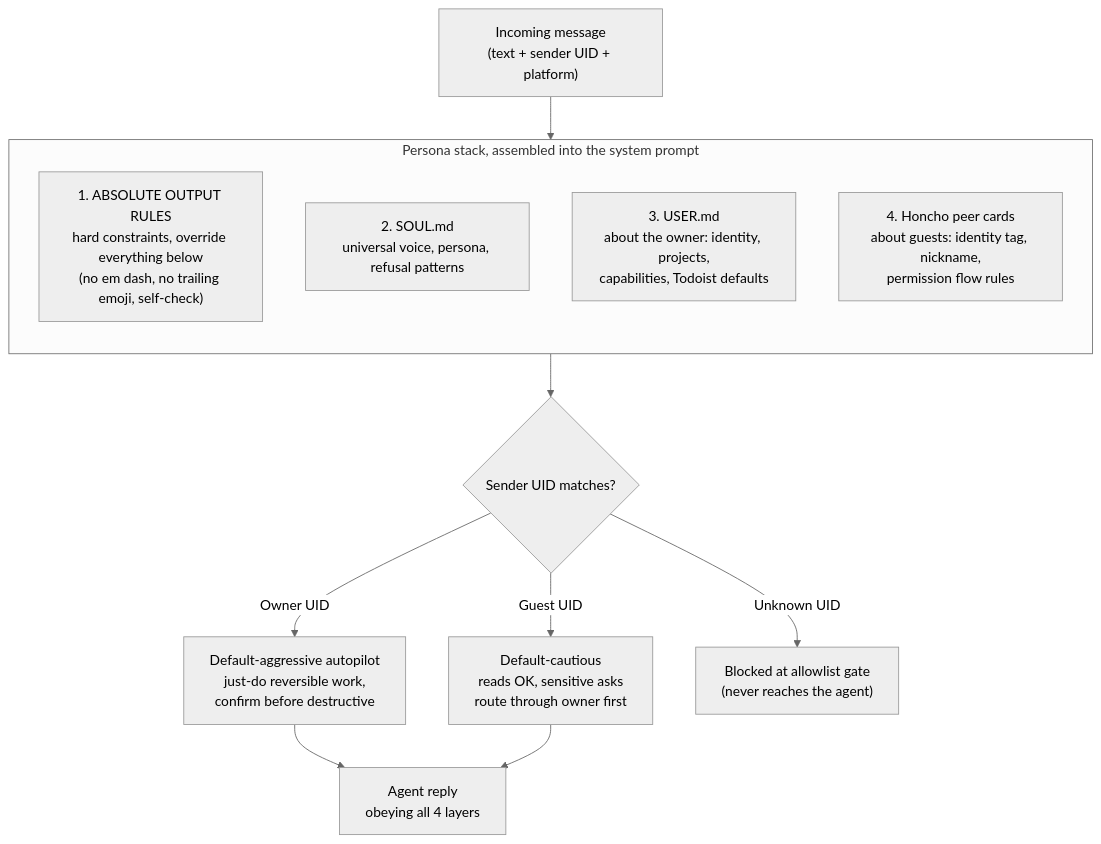
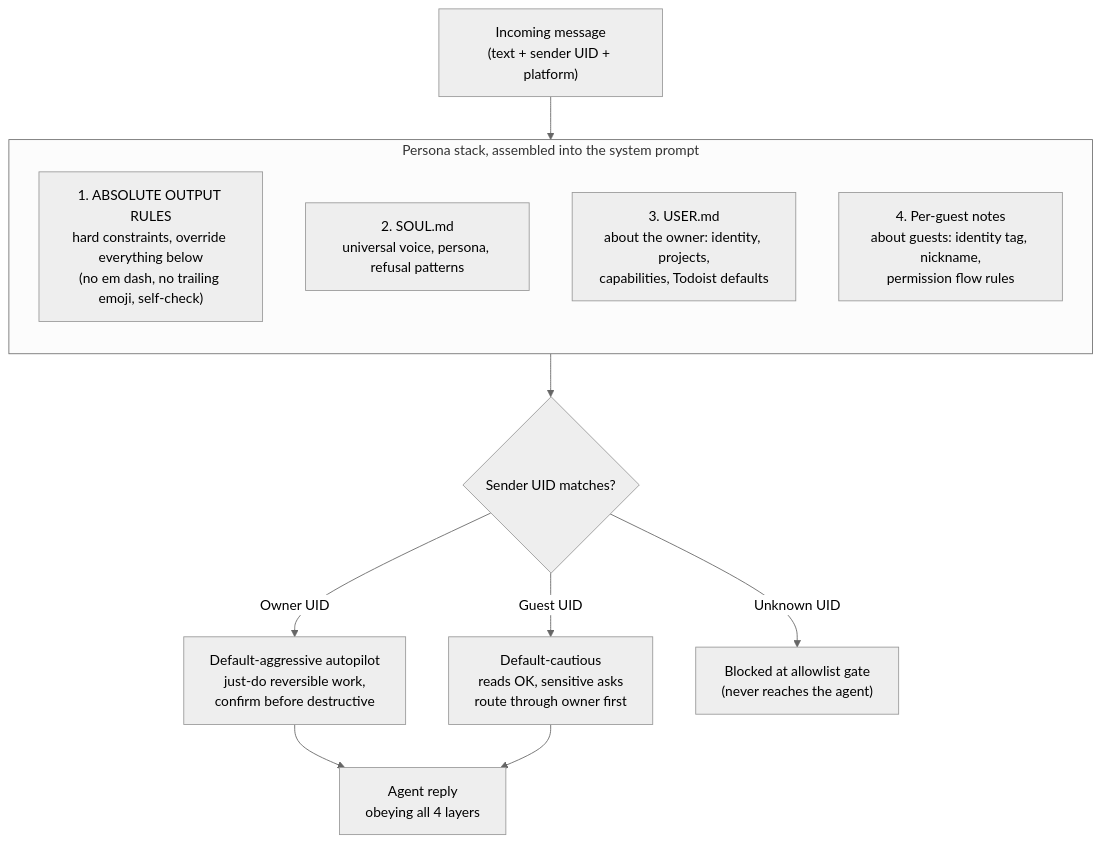
One commit to absolutepraya/blog changed the second of 4 diagrams in content/posts/hermes-agent-setup.md. Above: the diagram before and after it, drawn with Mermaid (neutral theme). The commit also changed other lines of this file and 2 other files, not shown here.

Commit message:
Update Hermes post with carousel-to-Karakeep and screener sections, diagrams, and an alert screenshot

````diff
--- a/content/posts/hermes-agent-setup.md
+++ b/content/posts/hermes-agent-setup.md
@@ -93,22 +93,22 @@
 ```mermaid
 graph TD
     Msg["Incoming message<br>(text + sender UID + platform)"]
 
     subgraph Stack["Persona stack, assembled into the system prompt"]
         direction TB
         L1["1. ABSOLUTE OUTPUT RULES<br>hard constraints, override everything below<br>(no em dash, no trailing emoji, self-check)"]
         L2["2. SOUL.md<br>universal voice, persona, refusal patterns"]
         L3["3. USER.md<br>about the owner: identity, projects,<br>capabilities, Todoist defaults"]
-        L4["4. Honcho peer cards<br>about guests: identity tag, nickname,<br>permission flow rules"]
+        L4["4. Per-guest notes<br>about guests: identity tag, nickname,<br>permission flow rules"]
     end
 
     Msg --> Stack
     Stack --> Match{"Sender UID matches?"}
 
     Match -- "Owner UID" --> Aggressive["Default-aggressive autopilot<br>just-do reversible work,<br>confirm before destructive"]
     Match -- "Guest UID" --> Cautious["Default-cautious<br>reads OK, sensitive asks<br>route through owner first"]
     Match -- "Unknown UID" --> Block["Blocked at allowlist gate<br>(never reaches the agent)"]
 
     Aggressive --> Reply["Agent reply<br>obeying all 4 layers"]
     Cautious --> Reply
 ```
````
